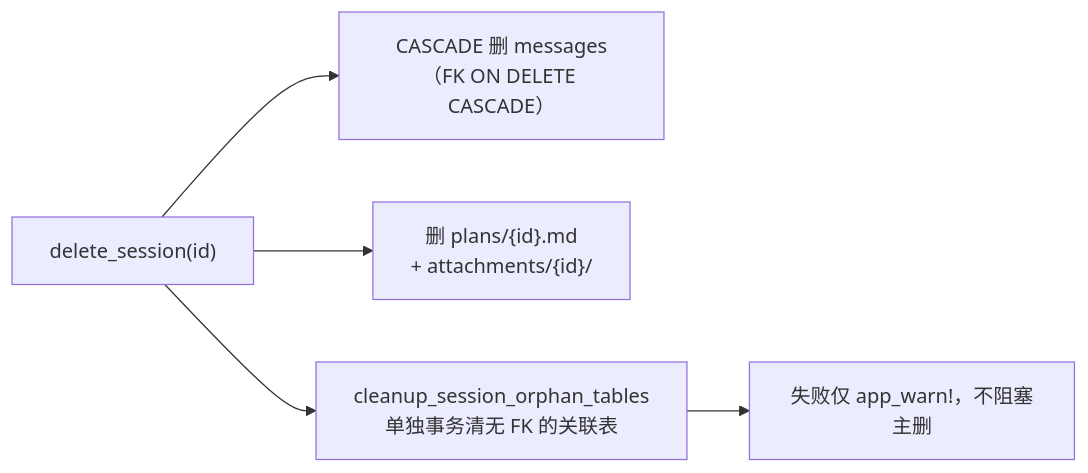
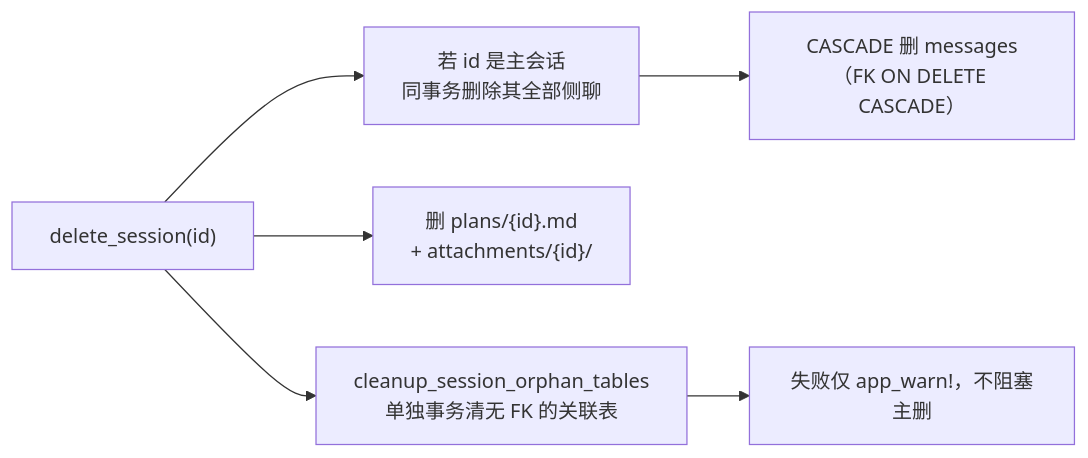
One commit to shiwenwen/hope-agent changed the second of 6 diagrams in docs/architecture/core/session.md. Above: the diagram before and after it, drawn with Mermaid. The commit also changed other lines of this file and 42 other files, not shown here.

````diff
--- a/docs/architecture/core/session.md
+++ b/docs/architecture/core/session.md
@@ -396,7 +399,8 @@
 ```mermaid
 flowchart LR
-    D["delete_session(id)"] --> C1["CASCADE 删 messages<br/>（FK ON DELETE CASCADE）"]
+    D["delete_session(id)"] --> C0["若 id 是主会话<br/>同事务删除其全部侧聊"]
+    C0 --> C1["CASCADE 删 messages<br/>（FK ON DELETE CASCADE）"]
     D --> C2["删 plans/{id}.md<br/>+ attachments/{id}/"]
     D --> C3["cleanup_session_orphan_tables<br/>单独事务清无 FK 的关联表"]
     C3 --> W["失败仅 app_warn!，不阻塞主删"]
 ```
````
